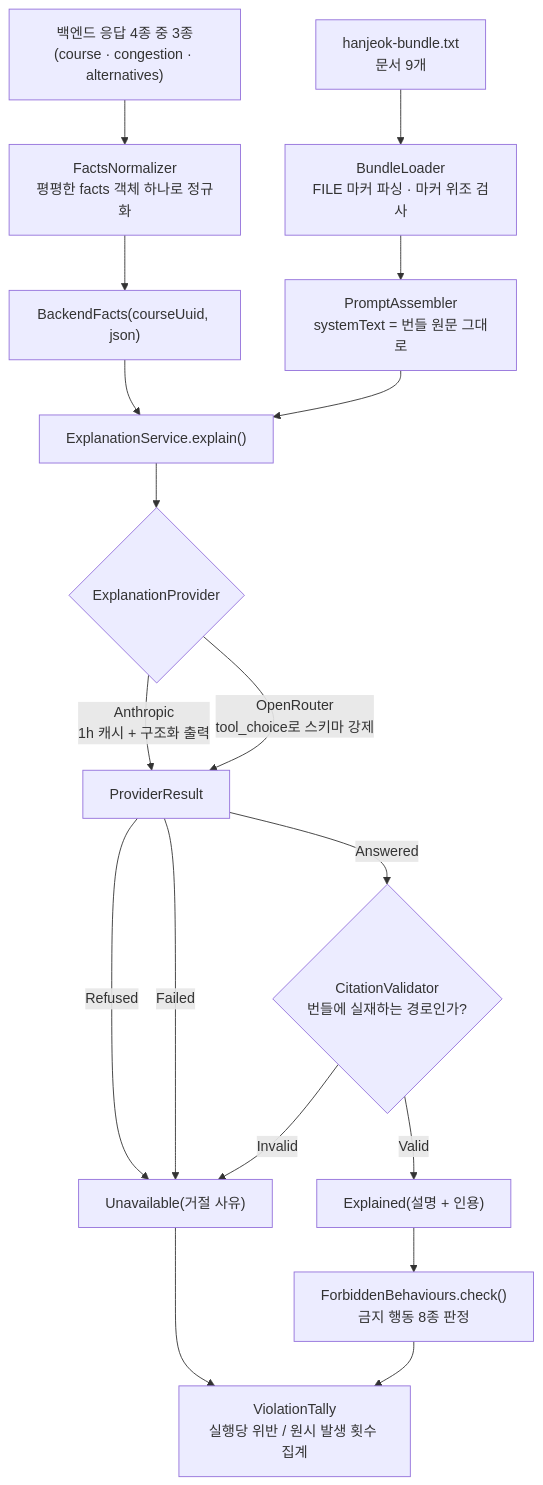
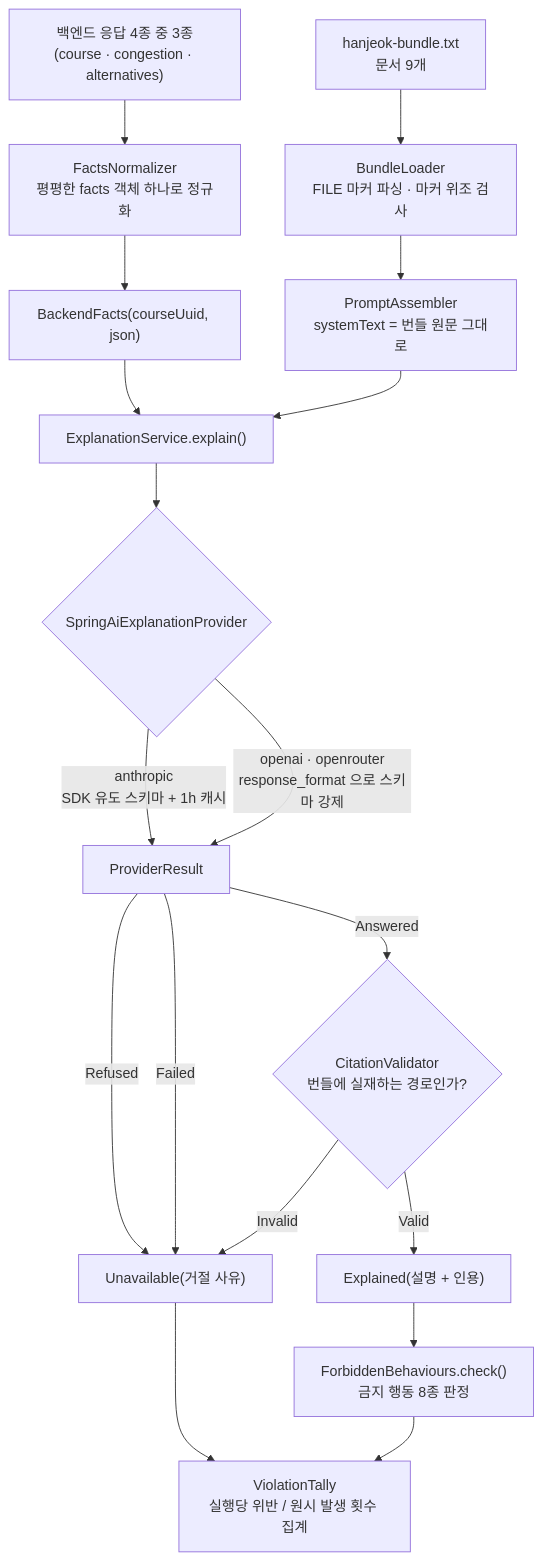
Before and after one commit to hyunolike/hermes-agent: the diagram in README.md, drawn with Mermaid. The commit also changed other lines of this file and 1 other file, not shown here.

First line of the commit message:
docs: record that every provider now honours HERMES_LLM_MODEL

````diff
--- a/README.md
+++ b/README.md
@@ -74,26 +76,26 @@
 ```mermaid
 flowchart TD
     A["백엔드 응답 4종 중 3종<br/>(course · congestion · alternatives)"] --> B["FactsNormalizer<br/>평평한 facts 객체 하나로 정규화"]
     B --> C["BackendFacts(courseUuid, json)"]
 
     D["hanjeok-bundle.txt<br/>문서 9개"] --> E["BundleLoader<br/>FILE 마커 파싱 · 마커 위조 검사"]
     E --> F["PromptAssembler<br/>systemText = 번들 원문 그대로"]
 
     C --> G["ExplanationService.explain()"]
     F --> G
 
-    G --> H{"ExplanationProvider"}
-    H -->|"Anthropic<br/>1h 캐시 + 구조화 출력"| I["ProviderResult"]
-    H -->|"OpenRouter<br/>tool_choice로 스키마 강제"| I
+    G --> H{"SpringAiExplanationProvider"}
+    H -->|"anthropic<br/>SDK 유도 스키마 + 1h 캐시"| I["ProviderResult"]
+    H -->|"openai · openrouter<br/>response_format 으로 스키마 강제"| I
 
     I -->|Refused| X["Unavailable(거절 사유)"]
     I -->|Failed| X
     I -->|Answered| J{"CitationValidator<br/>번들에 실재하는 경로인가?"}
 
     J -->|Invalid| X
     J -->|Valid| K["Explained(설명 + 인용)"]
 
     K --> L["ForbiddenBehaviours.check()<br/>금지 행동 8종 판정"]
     X --> M["ViolationTally<br/>실행당 위반 / 원시 발생 횟수 집계"]
     L --> M
 ```
````
